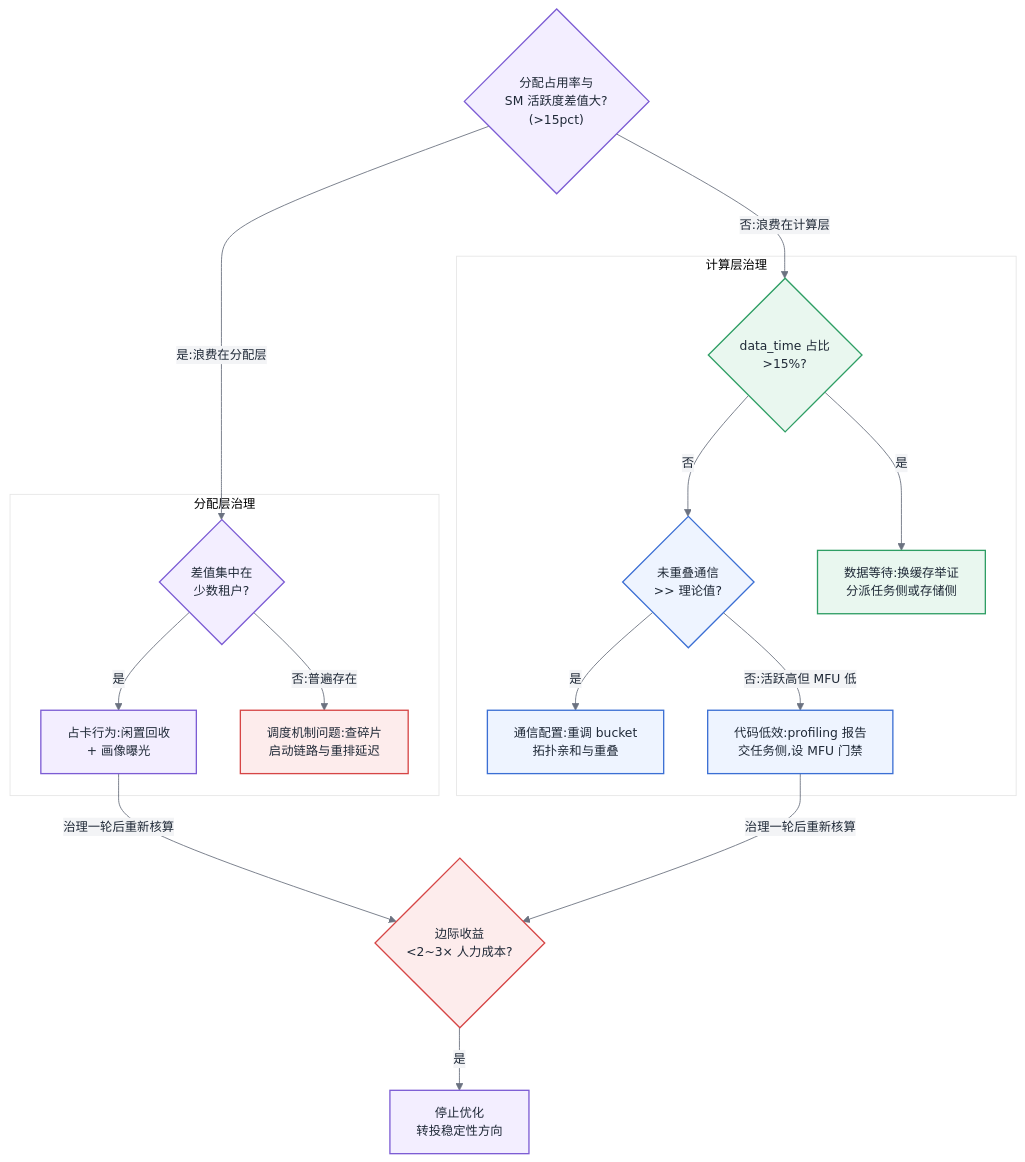
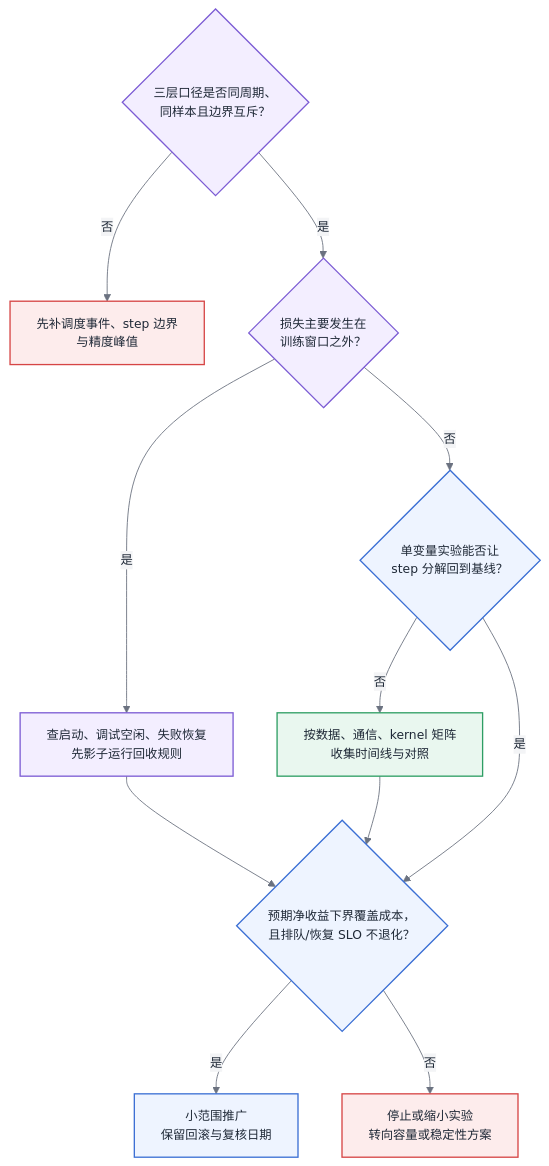
The second of 2 diagrams in 第二部分-算力底座/第11章-多租户与利用率治理.md (cdavid817/AI-Infra), drawn with Mermaid before and after one commit. The commit also changed other lines of this file and 117 other files, not shown here.

````diff
--- a/第二部分-算力底座/第11章-多租户与利用率治理.md
+++ b/第二部分-算力底座/第11章-多租户与利用率治理.md
@@ -166,40 +185,33 @@
 ```mermaid
 %%{init: {'theme':'base','themeVariables':{
   'primaryColor':'#EEF4FF','primaryBorderColor':'#3B6FD4','primaryTextColor':'#1F2937',
   'secondaryColor':'#F3F4F6','tertiaryColor':'#FFFFFF',
   'lineColor':'#6B7280','fontFamily':'-apple-system, Segoe UI, Helvetica, Arial, sans-serif','fontSize':'14px'
 }}}%%
 flowchart TB
     classDef control fill:#F3EEFF,stroke:#7C5CD4,stroke-width:1.5px,color:#1F2937
     classDef compute fill:#EEF4FF,stroke:#3B6FD4,stroke-width:1.5px,color:#1F2937
     classDef storage fill:#E9F7EF,stroke:#2E9E64,stroke-width:1.5px,color:#1F2937
-    classDef bottleneck fill:#FDECEC,stroke:#D64545,stroke-width:1.5px,color:#1F2937
+    classDef stop fill:#FDECEC,stroke:#D64545,stroke-width:1.5px,color:#1F2937
 
-    Q0{"分配占用率与<br/>SM 活跃度差值大?<br/>(>15pct)"}:::control
+    Q0{"三层口径是否同周期、<br/>同样本且边界互斥？"}:::control
+    M0["先补调度事件、step 边界<br/>与精度峰值"]:::stop
+    Q1{"损失主要发生在<br/>训练窗口之外？"}:::control
+    L1["查启动、调试空闲、失败恢复<br/>先影子运行回收规则"]:::control
+    Q2{"单变量实验能否让<br/>step 分解回到基线？"}:::compute
+    L2["按数据、通信、kernel 矩阵<br/>收集时间线与对照"]:::storage
+    Q3{"预期净收益下界覆盖成本，<br/>且排队/恢复 SLO 不退化？"}:::compute
+    G["小范围推广<br/>保留回滚与复核日期"]:::compute
+    S["停止或缩小实验<br/>转向容量或稳定性方案"]:::stop
 
-    subgraph 分配层治理
-        Q1{"差值集中在<br/>少数租户?"}:::control
-        S1["占卡行为:闲置回收<br/>+ 画像曝光"]:::control
-        S2["调度机制问题:查碎片<br/>启动链路与重排延迟"]:::bottleneck
-    end
-
-    subgraph 计算层治理
-        Q2{"data_time 占比<br/>>15%?"}:::storage
-        Q3{"未重叠通信<br/>>> 理论值?"}:::compute
-        S3["数据等待:换缓存举证<br/>分派任务侧或存储侧"]:::storage
-        S4["通信配置:重调 bucket<br/>拓扑亲和与重叠"]:::compute
-        S5["代码低效:profiling 报告<br/>交任务侧,设 MFU 门禁"]:::compute
-    end
-
-    Q0 -->|"是:浪费在分配层"| Q1
-    Q0 -->|"否:浪费在计算层"| Q2
-    Q1 -->|"是"| S1
-    Q1 -->|"否:普遍存在"| S2
-    Q2 -->|"是"| S3
-    Q2 -->|"否"| Q3
-    Q3 -->|"是"| S4
-    Q3 -->|"否:活跃高但 MFU 低"| S5
-    S1 -->|"治理一轮后重新核算"| STOP{"边际收益<br/><2~3× 人力成本?"}:::bottleneck
-    S5 -->|"治理一轮后重新核算"| STOP
-    STOP -->|"是"| END["停止优化<br/>转投稳定性方向"]:::control
+    Q0 -->|否| M0
+    Q0 -->|是| Q1
+    Q1 -->|是| L1
+    Q1 -->|否| Q2
+    Q2 -->|否| L2
+    Q2 -->|是| Q3
+    L1 --> Q3
+    L2 --> Q3
+    Q3 -->|是| G
+    Q3 -->|否| S
 ```
````
